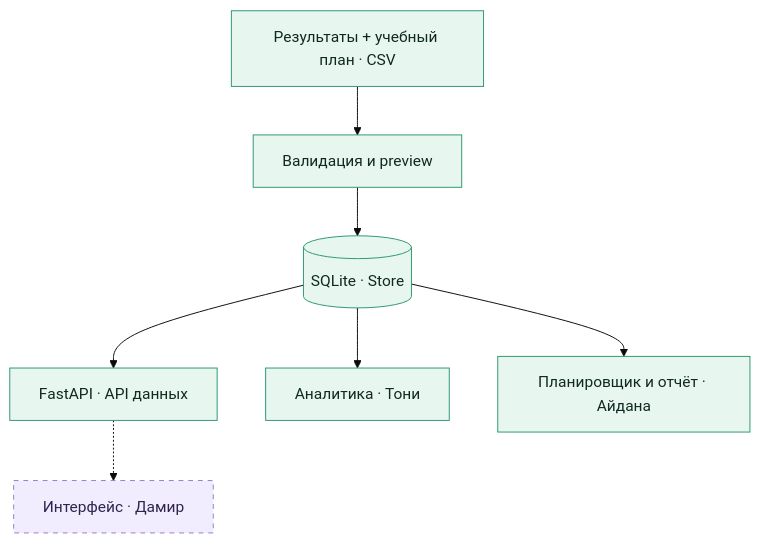
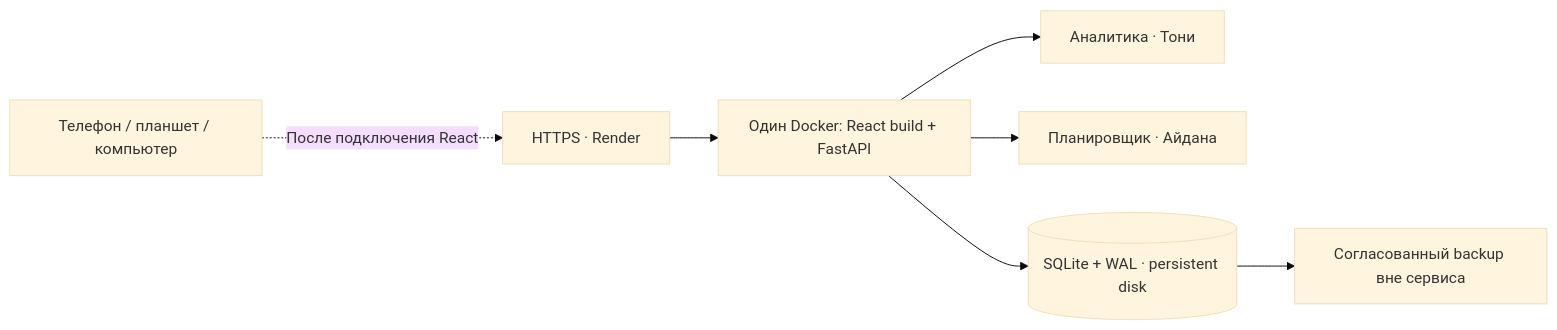
One commit to bekzatwr/data-driven-curriculum changed the diagram in README.md. Above: the diagram before and after it, drawn with Mermaid (base theme). The commit also changed other lines of this file and 27 other files, not shown here.

````diff
--- a/README.md
+++ b/README.md
@@ -128,13 +118,9 @@
 ```mermaid
-flowchart TB
-    CSV["Результаты + учебный план · CSV"] --> CHECK["Валидация и preview"]
-    CHECK --> DB[("SQLite · Store")]
-    DB --> API["FastAPI · API данных"]
-    API -.-> UI["Интерфейс · Дамир"]
-    DB --> ANALYTICS["Аналитика · Тони"]
-    DB --> PLAN["Планировщик и отчёт · Айдана"]
-    classDef ready fill:#E7F7F0,stroke:#2D9673,color:#122822
-    classDef planned fill:#F1EDFF,stroke:#9381C9,color:#30244D,stroke-dasharray:5 5
-    class CSV,CHECK,DB,API,PLAN,ANALYTICS ready
-    class UI planned
+flowchart LR
+    Device["Телефон / планшет / компьютер"] -. "После подключения React" .-> TLS["HTTPS · Render"]
+    TLS --> App["Один Docker: React build + FastAPI"]
+    App --> Analytics["Аналитика · Тони"]
+    App --> Planner["Планировщик · Айдана"]
+    App --> DB[("SQLite + WAL · persistent disk")]
+    DB --> Backup["Согласованный backup вне сервиса"]
 ```
````
